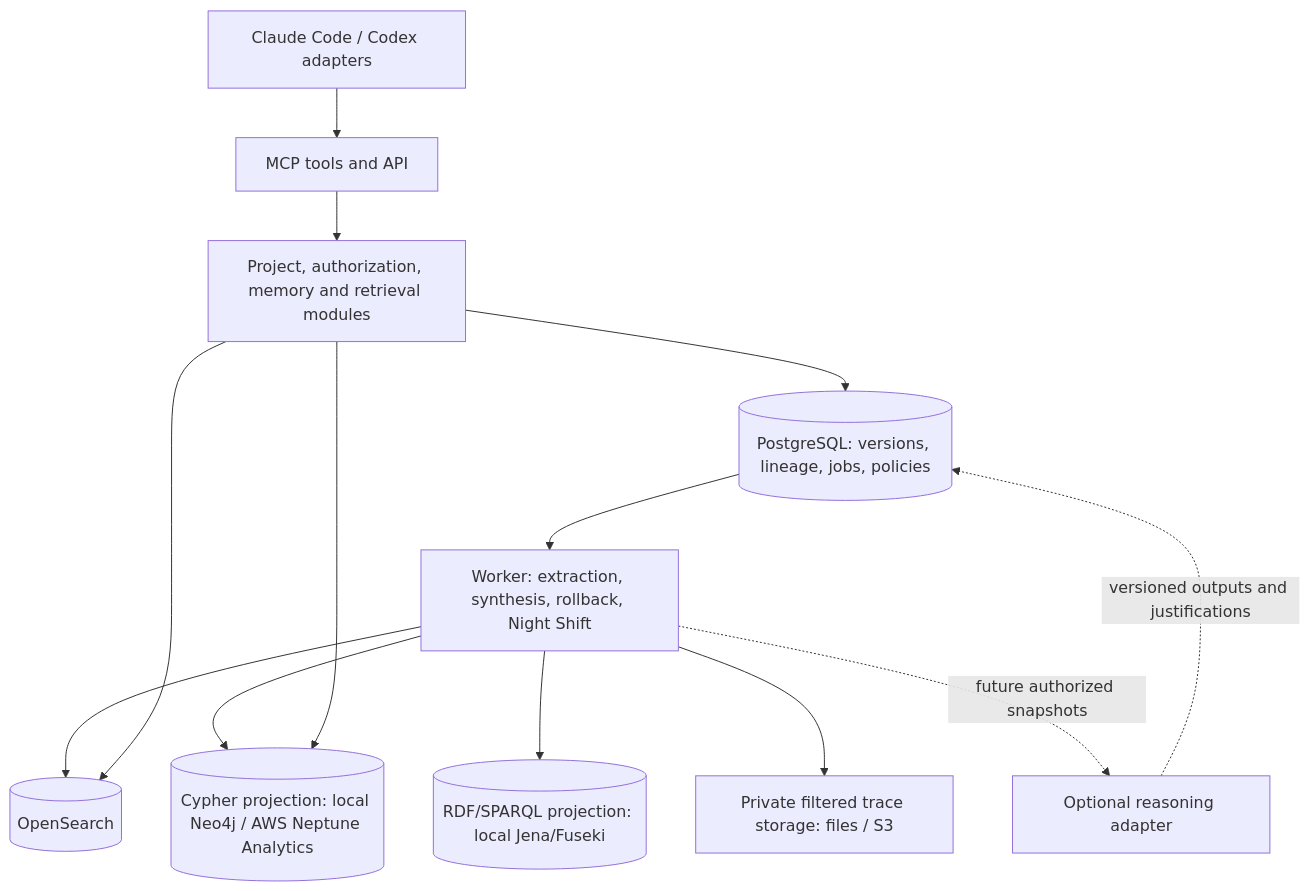
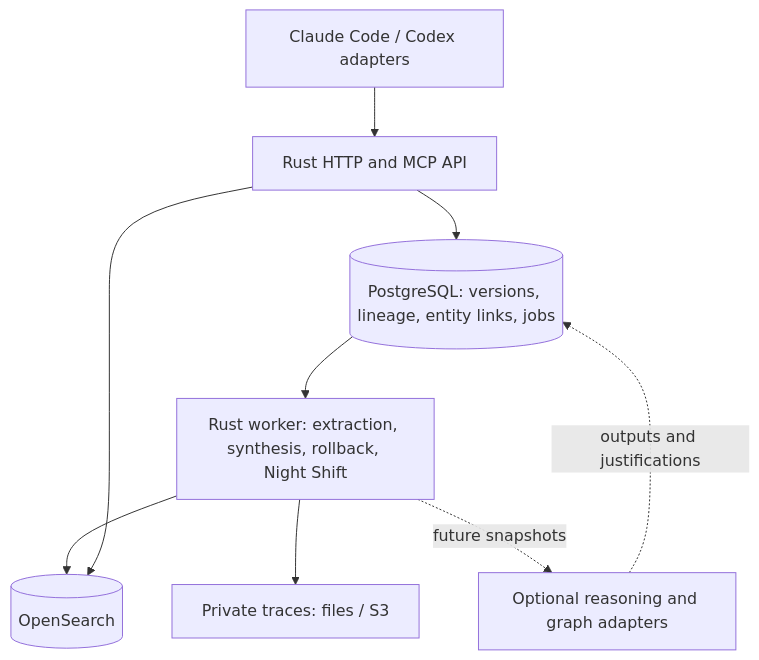
One commit to SteveCoInc/spindle changed the diagram in docs/planning/architecture.md. Above: the diagram before and after it, drawn with Mermaid. The commit also changed other lines of this file and 10 other files, not shown here.

Commit message:
docs: adopt Rust and relational graph plan; evaluate NeMo Gym and Daytona

````diff
--- a/docs/planning/architecture.md
+++ b/docs/planning/architecture.md
@@ -10,15 +18,11 @@
 ```mermaid
 flowchart TD
-  Hosts[Claude Code / Codex adapters] --> Tools[MCP tools and API]
-  Tools --> Core[Project, authorization, memory and retrieval modules]
-  Core --> PG[(PostgreSQL: versions, lineage, jobs, policies)]
-  PG --> Worker[Worker: extraction, synthesis, rollback, Night Shift]
+  Hosts[Claude Code / Codex adapters] --> API[Rust HTTP and MCP API]
+  API --> PG[(PostgreSQL: versions, lineage, entity links, jobs)]
+  PG --> Worker[Rust worker: extraction, synthesis, rollback, Night Shift]
   Worker --> Search[(OpenSearch)]
-  Worker --> Graph[(Cypher projection: local Neo4j / AWS Neptune Analytics)]
-  Worker --> RDF[(RDF/SPARQL projection: local Jena/Fuseki)]
-  Worker --> Traces[Private filtered trace storage: files / S3]
-  Core --> Search
-  Core --> Graph
-  Worker -. future authorized snapshots .-> Reasoner[Optional reasoning adapter]
-  Reasoner -. versioned outputs and justifications .-> PG
+  API --> Search
+  Worker --> Traces[Private traces: files / S3]
+  Worker -. future snapshots .-> Reasoner[Optional reasoning and graph adapters]
+  Reasoner -. outputs and justifications .-> PG
 ```
````
